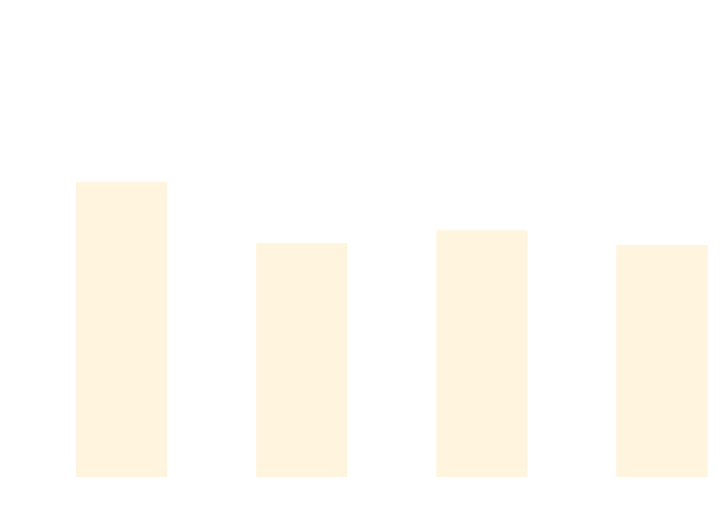
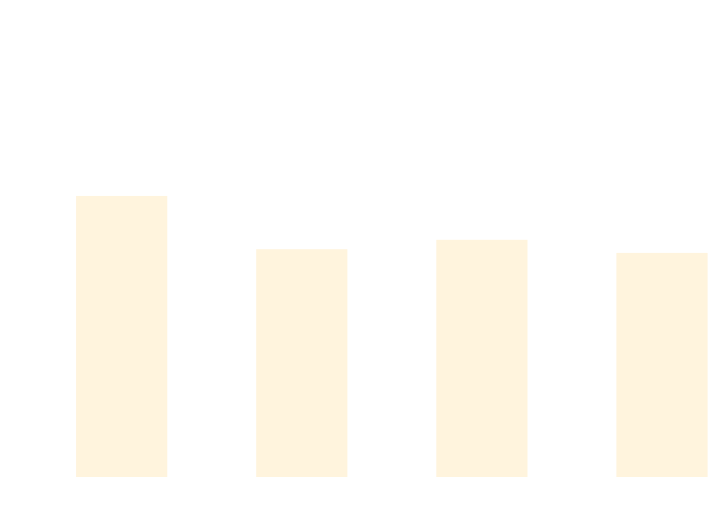
The diagram in docs/docs/benchmarks/BuildTime.md (thomhurst/TUnit), drawn with Mermaid before and after one commit. The commit also changed other lines of this file and 17 other files, not shown here.

````diff
--- a/docs/docs/benchmarks/BuildTime.md
+++ b/docs/docs/benchmarks/BuildTime.md
@@ -28,37 +28,37 @@
 ```mermaid
 %%{init: {
   'theme':'base',
   'themeVariables': {
     'primaryColor': '#2563eb',
     'primaryTextColor': '#ffffff',
     'primaryBorderColor': '#1e40af',
     'lineColor': '#6b7280',
     'secondaryColor': '#7c3aed',
     'tertiaryColor': '#dc2626',
     'background': '#ffffff',
     'mainBkg': '#2563eb',
     'secondBkg': '#7c3aed',
     'tertiaryBkg': '#dc2626',
     'clusterBkg': '#f3f4f6',
     'edgeLabelBackground': '#ffffff',
     'tertiaryTextColor': '#1f2937',
     'pie1': '#2563eb',
     'pie2': '#7c3aed',
     'pie3': '#dc2626',
     'pie4': '#f59e0b',
     'pie5': '#10b981',
     'pie6': '#06b6d4',
     'pie7': '#ec4899',
     'pie8': '#6366f1',
     'pie9': '#84cc16',
     'pie10': '#f97316',
     'pie11': '#14b8a6',
     'pie12': '#a855f7'
   }
 }}%%
 xychart-beta
   title "Build Time Comparison"
   x-axis ["Build_TUnit", "Build_NUnit", "Build_MSTest", "Build_xUnit3"]
   y-axis "Time (s)" 0 --> 3
-  bar [2.104, 1.658, 1.751, 1.643]
+  bar [2.003, 1.612, 1.681, 1.585]
 ```
````
